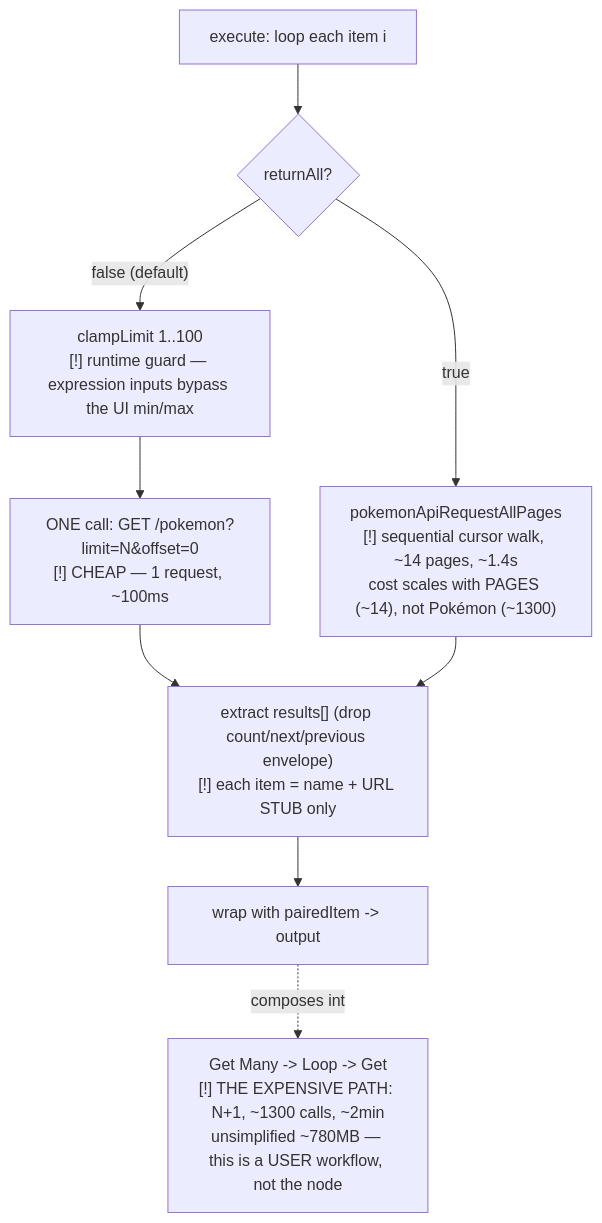
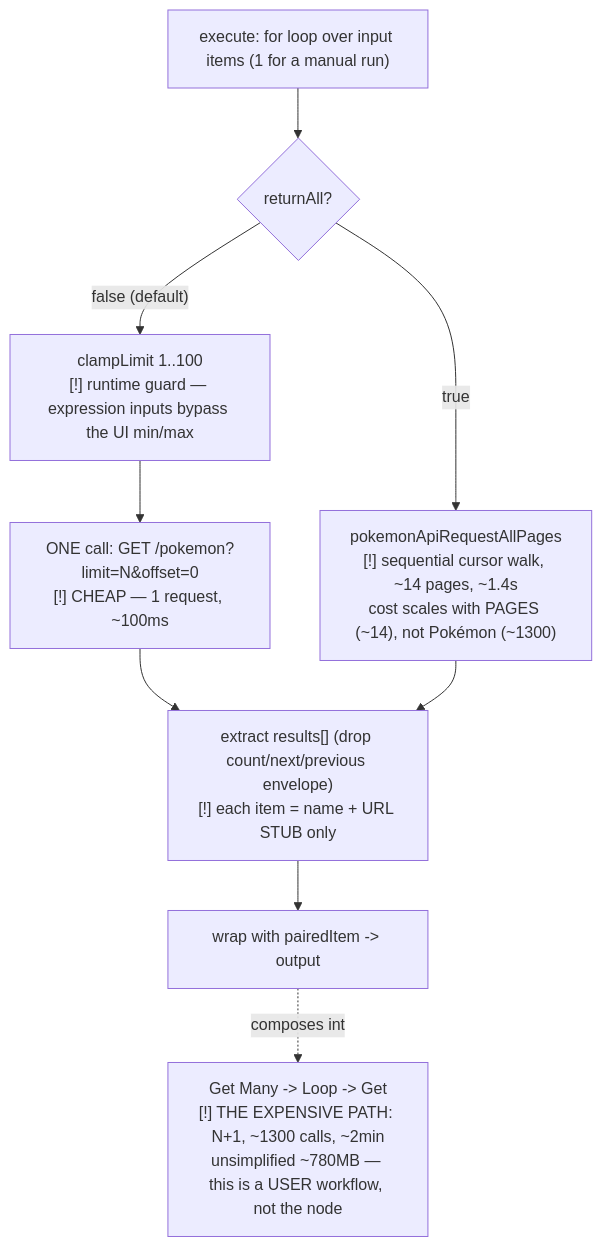
One commit to colabug/n8n changed the sixth of 8 diagrams in docs/CODING-DEBRIEF.md. Above: the diagram before and after it, drawn with Mermaid. The commit also changed other lines of this file, not shown here.

````diff
--- a/docs/CODING-DEBRIEF.md
+++ b/docs/CODING-DEBRIEF.md
@@ -272,12 +273,12 @@
 ```mermaid
 flowchart TD
-    A["execute: loop each item i"] --> B{"returnAll?"}
+    A["execute: for loop over input items (1 for a manual run)"] --> B{"returnAll?"}
     B -->|"false (default)"| C["clampLimit 1..100<br/>[!] runtime guard — expression inputs bypass the UI min/max"]
     C --> D["ONE call: GET /pokemon?limit=N&offset=0<br/>[!] CHEAP — 1 request, ~100ms"]
     B -->|"true"| E["pokemonApiRequestAllPages<br/>[!] sequential cursor walk, ~14 pages, ~1.4s<br/>cost scales with PAGES (~14), not Pokémon (~1300)"]
     D --> F["extract results[] (drop count/next/previous envelope)<br/>[!] each item = name + URL STUB only"]
     E --> F
     F --> G["wrap with pairedItem -> output"]
 
     G -.composes into.-> N["Get Many -> Loop -> Get<br/>[!] THE EXPENSIVE PATH: N+1, ~1300 calls, ~2min<br/>unsimplified ~780MB — this is a USER workflow, not the node"]
 ```
````
